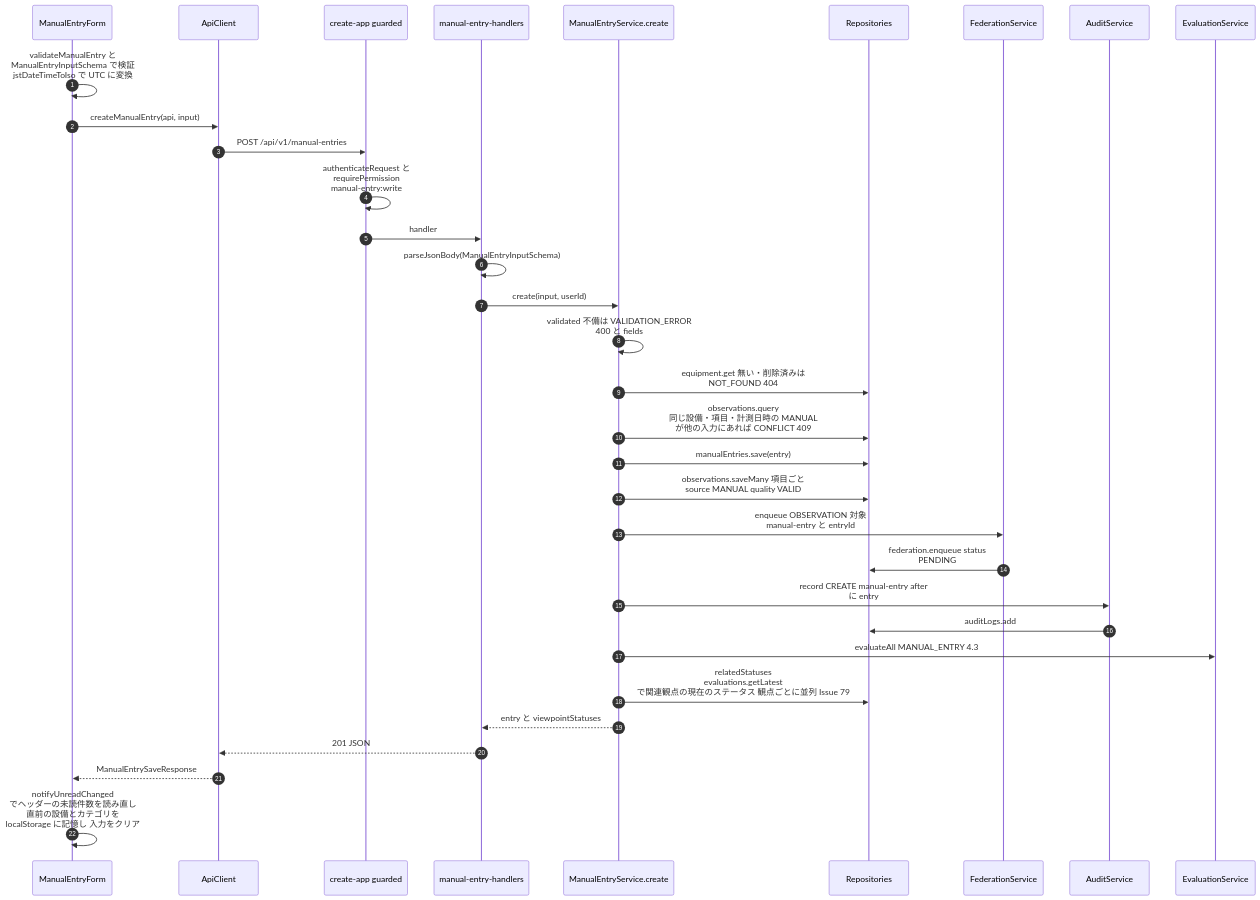
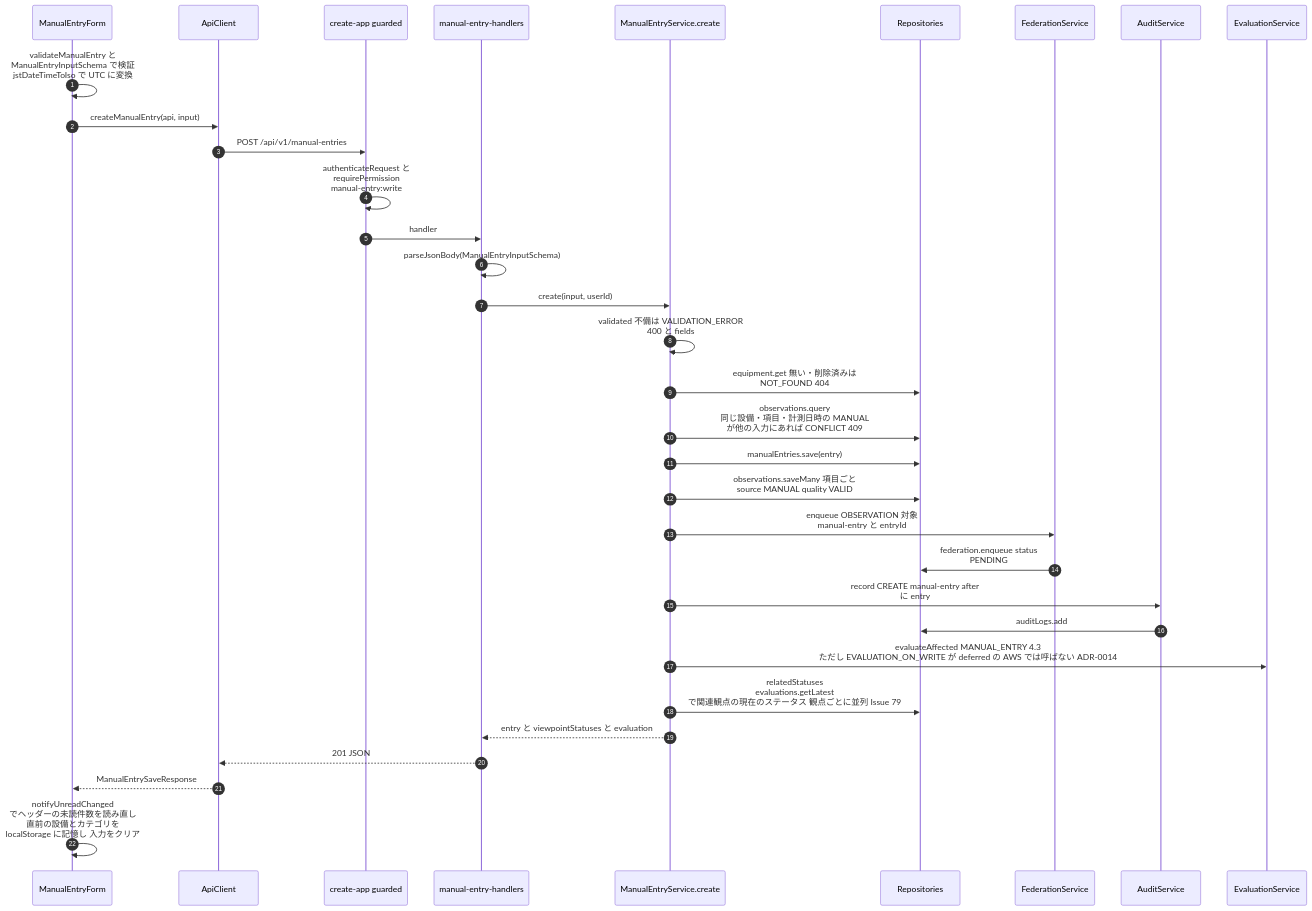
One commit to NS-APU/smart-farm-monitoring changed diagram 14 of 46 in docs/10_design/architecture/as-built.md. Above: the diagram before and after it, drawn with Mermaid. The commit also changed other lines of this file and 20 other files, not shown here.

````diff
--- a/docs/10_design/architecture/as-built.md
+++ b/docs/10_design/architecture/as-built.md
@@ -1258,36 +1259,36 @@
 ```mermaid
 sequenceDiagram
   autonumber
   participant FORM as ManualEntryForm
   participant API as ApiClient
   participant APP as create-app guarded
   participant MH as manual-entry-handlers
   participant MS as ManualEntryService.create
   participant REP as Repositories
   participant FS as FederationService
   participant AU as AuditService
   participant EV as EvaluationService
 
   FORM->>FORM: validateManualEntry と<br>ManualEntryInputSchema で検証<br>jstDateTimeToIso で UTC に変換
   FORM->>API: createManualEntry(api, input)
   API->>APP: POST /api/v1/manual-entries
   APP->>APP: authenticateRequest と<br>requirePermission<br>manual-entry:write
   APP->>MH: handler
   MH->>MH: parseJsonBody(ManualEntryInputSchema)
   MH->>MS: create(input, userId)
   MS->>MS: validated 不備は VALIDATION_ERROR<br>400 と fields
   MS->>REP: equipment.get 無い・削除済みは<br>NOT_FOUND 404
   MS->>REP: observations.query<br>同じ設備・項目・計測日時の MANUAL<br>が他の入力にあれば CONFLICT 409
   MS->>REP: manualEntries.save(entry)
   MS->>REP: observations.saveMany 項目ごと<br>source MANUAL quality VALID
   MS->>FS: enqueue OBSERVATION 対象<br>manual-entry と entryId
   FS->>REP: federation.enqueue status<br>PENDING
   MS->>AU: record CREATE manual-entry after<br>に entry
   AU->>REP: auditLogs.add
-  MS->>EV: evaluateAll MANUAL_ENTRY 4.3
+  MS->>EV: evaluateAffected MANUAL_ENTRY 4.3<br>ただし EVALUATION_ON_WRITE が deferred の AWS では呼ばない ADR-0014
   MS->>REP: relatedStatuses<br>evaluations.getLatest<br>で関連観点の現在のステータス 観点ごとに並列 Issue 79
-  MS-->>MH: entry と viewpointStatuses
+  MS-->>MH: entry と viewpointStatuses と evaluation
   MH-->>API: 201 JSON
   API-->>FORM: ManualEntrySaveResponse
   FORM->>FORM: notifyUnreadChanged<br>でヘッダーの未読件数を読み直し<br>直前の設備とカテゴリを<br>localStorage に記憶し 入力をクリア
 ```
````
